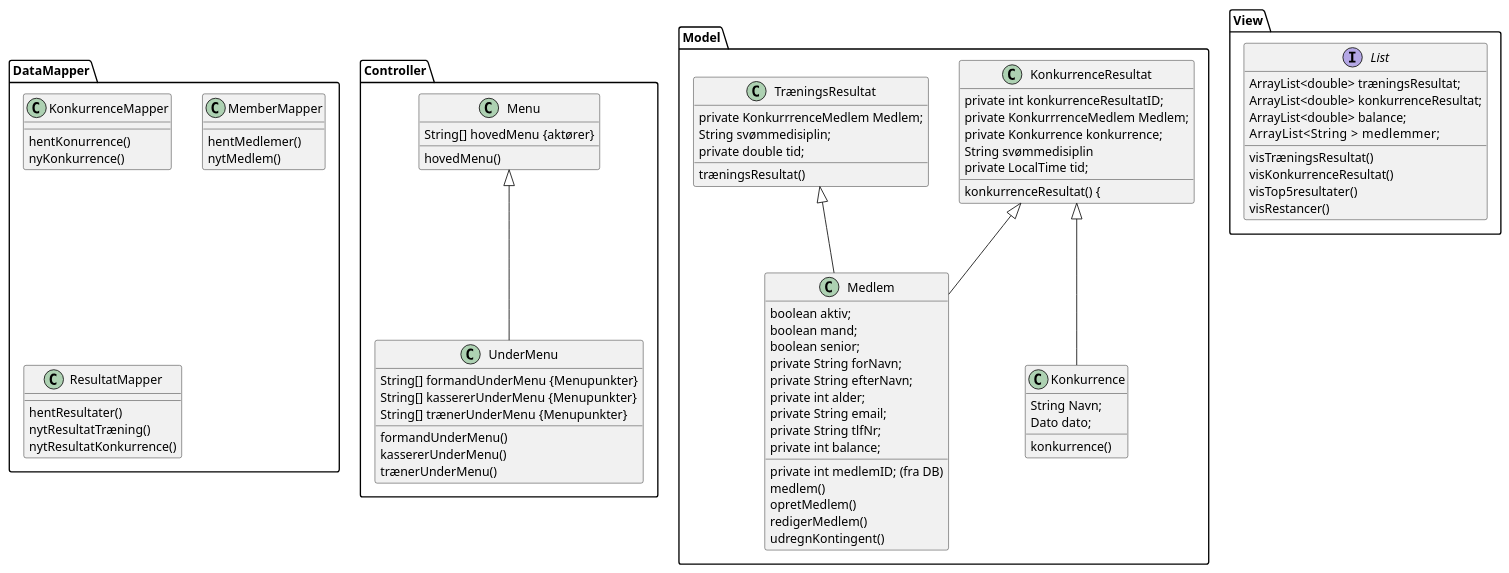
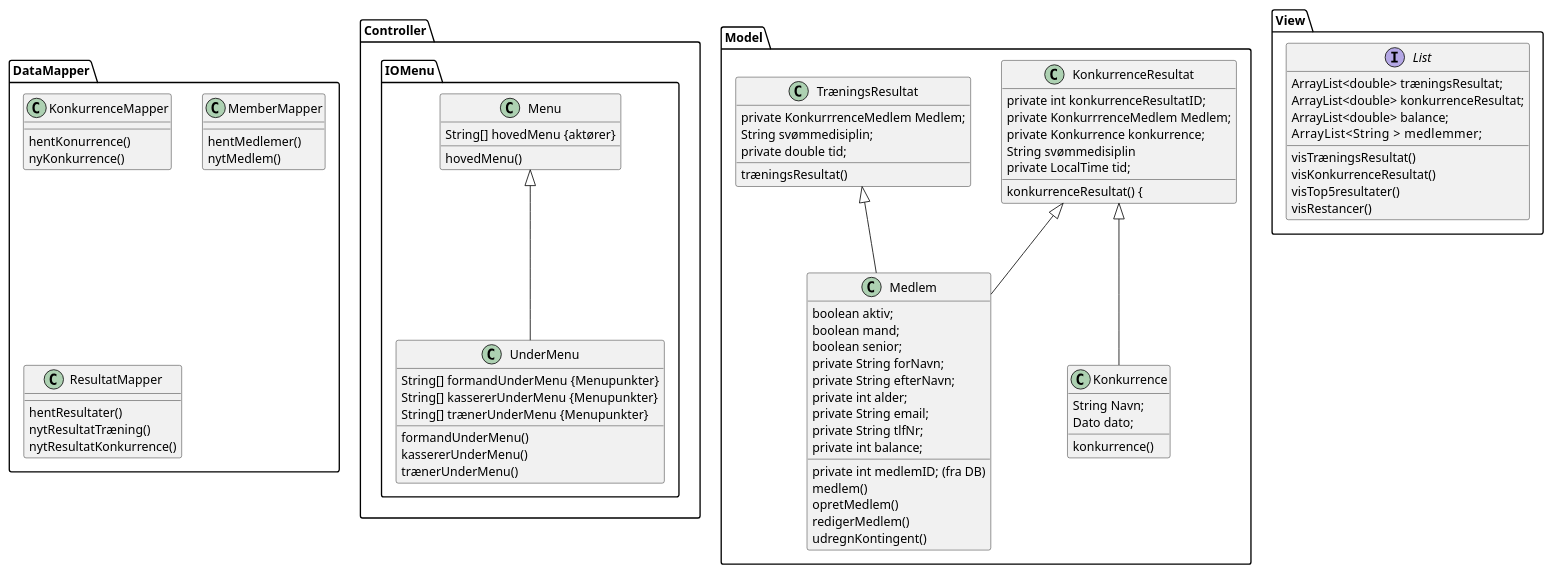
One commit to Peter-Rambeck/Delfinen changed the diagram in src/Class.puml. Above: the diagram before and after it, drawn with PlantUML. The commit also changed 10 other files, not shown here.

```diff
--- a/src/Class.puml
+++ b/src/Class.puml
@@ -1,111 +1,112 @@
 @startuml
 
 namespace Controller {
 
-Class Menu {
+Class IOMenu.Menu {
 String[] hovedMenu {aktører}
 hovedMenu()
 }
 
-Class UnderMenu {
+Class IOMenu.UnderMenu {
 String[] formandUnderMenu {Menupunkter}
 String[] kassererUnderMenu {Menupunkter}
 String[] trænerUnderMenu {Menupunkter}
 formandUnderMenu()
 kassererUnderMenu()
 trænerUnderMenu()
 }
 
-Menu <|-- UnderMenu
+IOMenu.Menu <|-- IOMenu.UnderMenu
 
 }
 
 namespace Model {
 
 Class Medlem {
 boolean aktiv;
 boolean mand;
 boolean senior;
 private int medlemID; (fra DB)
 private String forNavn;
 private String efterNavn;
 private int alder;
 private String email;
 private String tlfNr;
 private int balance;
 medlem()
 opretMedlem()
 redigerMedlem()
 udregnKontingent()
 }
 
 Class KonkurrenceResultat {
 private int konkurrenceResultatID;
 private KonkurrrenceMedlem Medlem;
 private Konkurrence konkurrence;
 String svømmedisiplin
 private LocalTime tid;
 
 konkurrenceResultat() {
 }
 
 
 Class TræningsResultat {
 private KonkurrrenceMedlem Medlem;
 String svømmedisiplin;
 private double tid;
 træningsResultat()
 }
 
 Class Konkurrence {
 String Navn;
 Dato dato;
 konkurrence()
 }
 
 KonkurrenceResultat <|-- Konkurrence
 KonkurrenceResultat <|-- Medlem
 TræningsResultat <|-- Medlem
 
 
 
 }
 
 
 namespace View {
 
 interface List {
 ArrayList<double> træningsResultat;
 ArrayList<double> konkurrenceResultat;
 ArrayList<double> balance;
 ArrayList<String    > medlemmer;
 
 visTræningsResultat()
 visKonkurrenceResultat()
 visTop5resultater()
 visRestancer()
 
 }
 
 }
 
 namespace DataMapper {
 
 Class KonkurrenceMapper {
 hentKonurrence()
 nyKonkurrence()
 }
 Class MemberMapper {
 hentMedlemer()
 nytMedlem()
 }
 Class ResultatMapper {
 hentResultater()
 nytResultatTræning()
 nytResultatKonkurrence()
 }
 
+
 }
 
 
 @enduml
```
